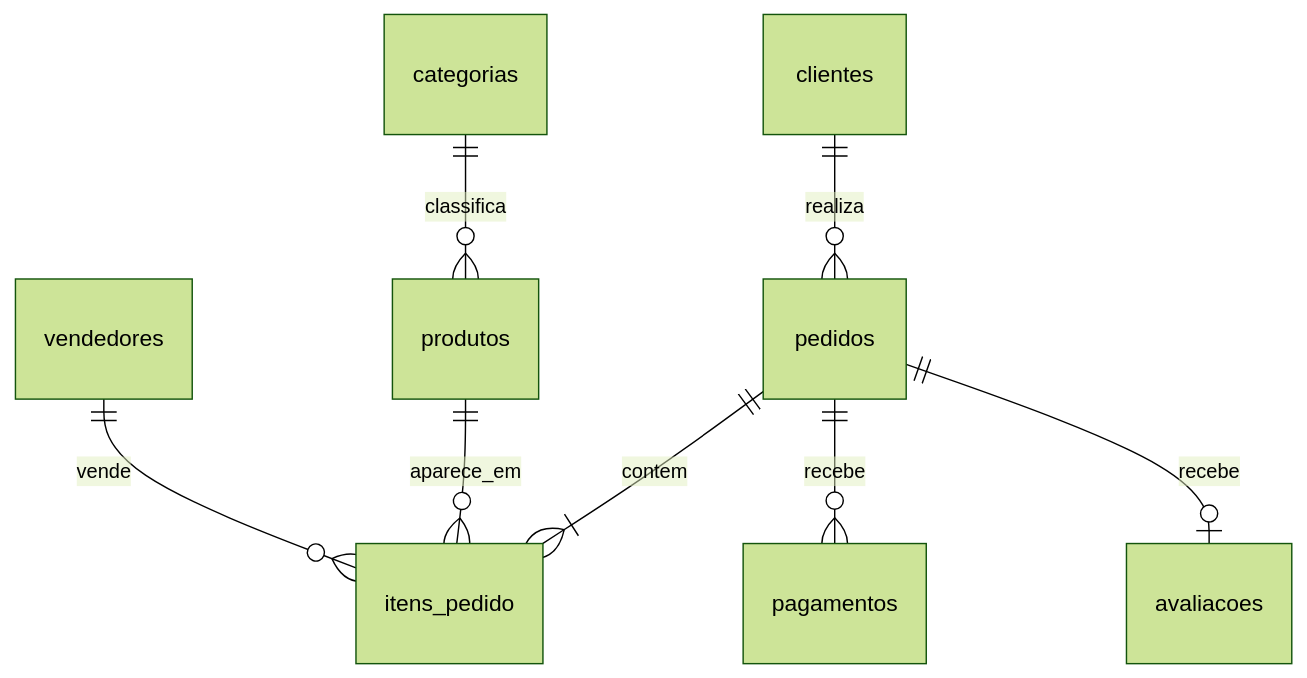
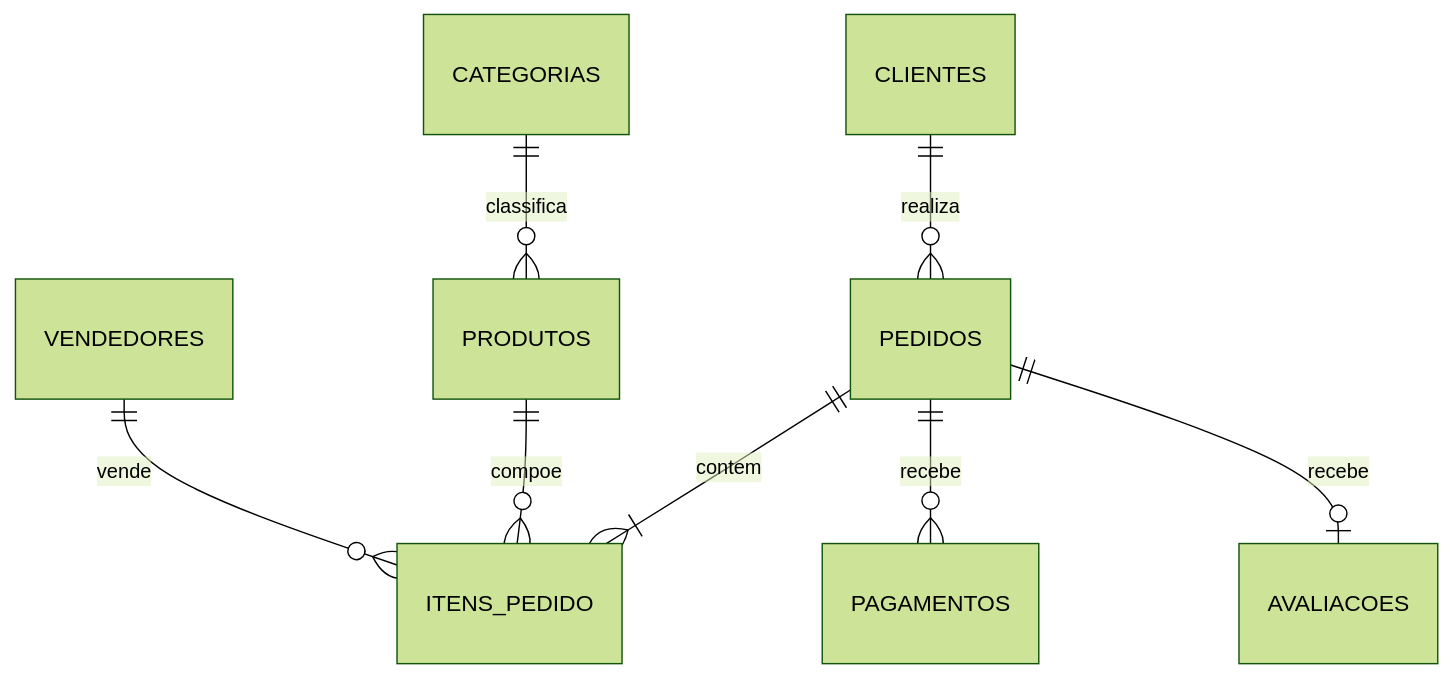
The diagram in README.md (annasantosabreu/sql-ecommerce-analises), drawn with Mermaid (forest theme) before and after one commit. The commit also changed other lines of this file, not shown here.

````diff
--- a/README.md
+++ b/README.md
@@ -143,10 +83,10 @@
 ```mermaid
 erDiagram
-    clientes ||--o{ pedidos : realiza
-    pedidos ||--|{ itens_pedido : contem
-    pedidos ||--o{ pagamentos : recebe
-    pedidos ||--o| avaliacoes : recebe
-    produtos ||--o{ itens_pedido : aparece_em
-    vendedores ||--o{ itens_pedido : vende
-    categorias ||--o{ produtos : classifica
+    CLIENTES ||--o{ PEDIDOS : realiza
+    PEDIDOS ||--|{ ITENS_PEDIDO : contem
+    PEDIDOS ||--o{ PAGAMENTOS : recebe
+    PEDIDOS ||--o| AVALIACOES : recebe
+    CATEGORIAS ||--o{ PRODUTOS : classifica
+    PRODUTOS ||--o{ ITENS_PEDIDO : compoe
+    VENDEDORES ||--o{ ITENS_PEDIDO : vende
 ```
````
